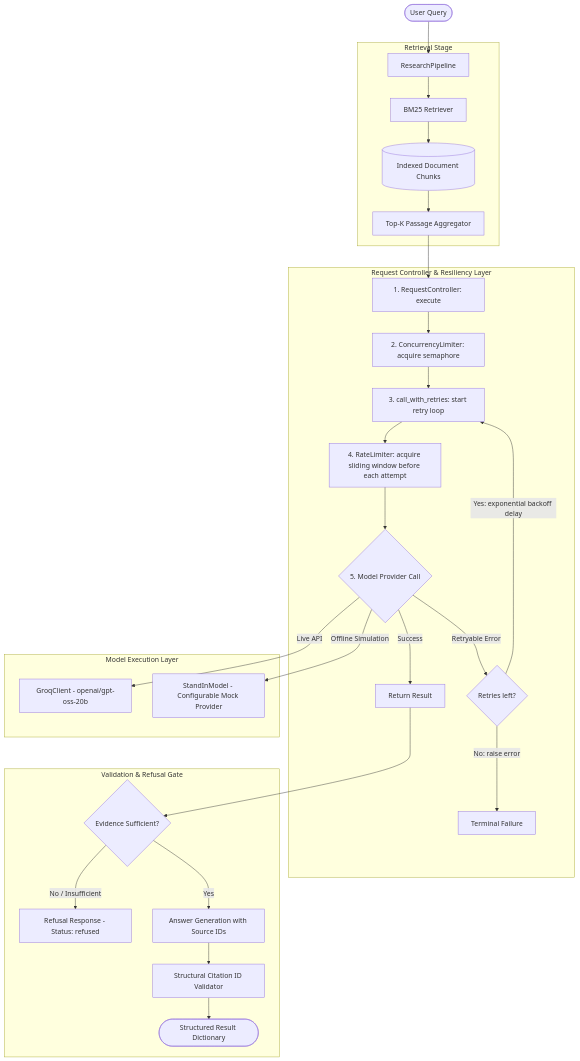
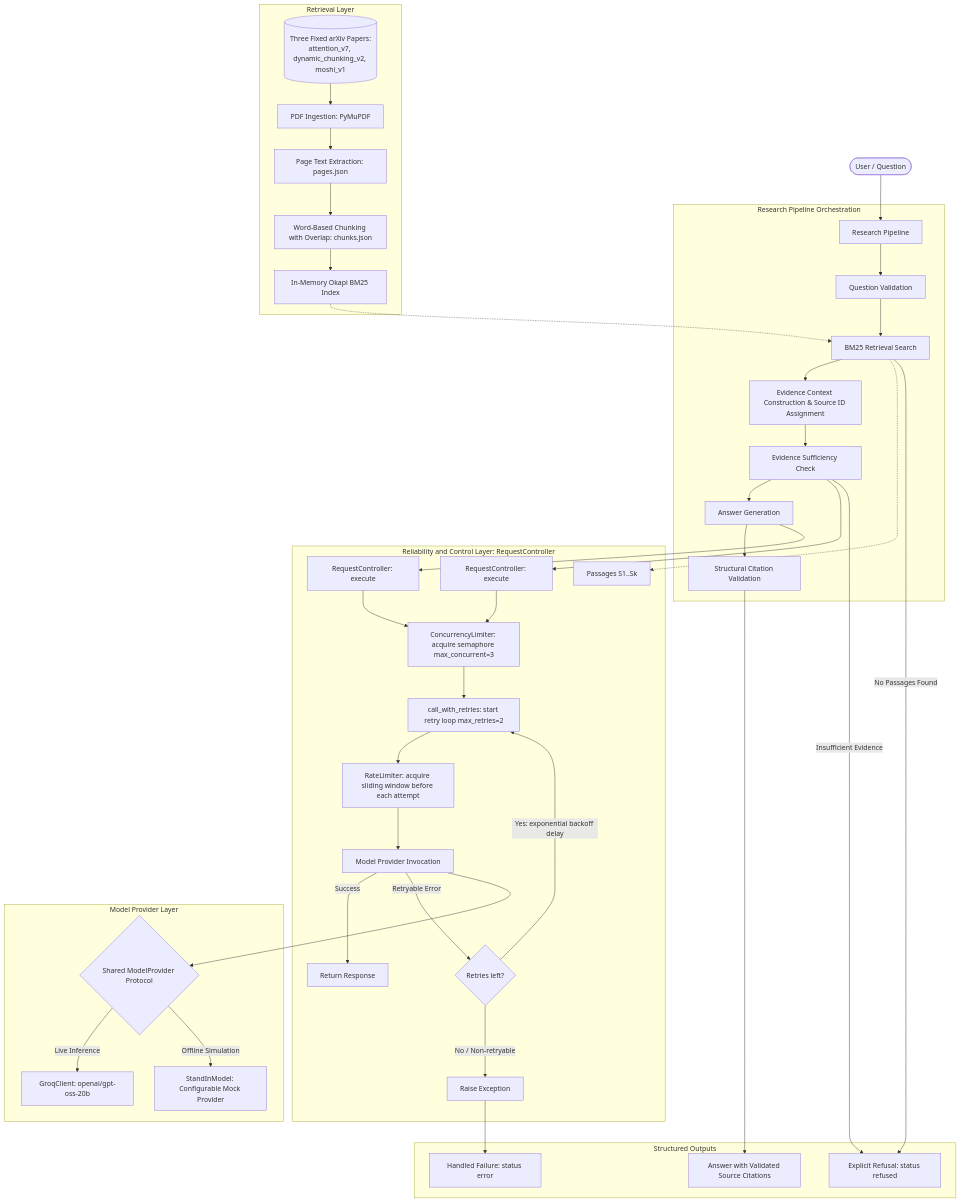
One commit to divysaxena24/Relay-Pipeline changed the first of 2 diagrams in README.md. Above: the diagram before and after it, drawn with Mermaid. The commit also changed other lines of this file, not shown here.

````diff
--- a/README.md
+++ b/README.md
@@ -13,35 +13,48 @@
 ```mermaid
 flowchart TD
-    User([User Query]) --> RP[ResearchPipeline]
-    
-    subgraph RetrievalStage [Retrieval Stage]
-        RP --> BM25[BM25 Retriever]
-        BM25 --> Corpus[(Indexed Document Chunks)]
-        Corpus --> Context[Top-K Passage Aggregator]
+    User([User / Question]) --> Pipeline[Research Pipeline]
+
+    subgraph PipelineStage [Research Pipeline Orchestration]
+        Pipeline --> QVal[Question Validation]
+        QVal --> SearchCall[BM25 Retrieval Search]
+        SearchCall --> CtxBuild[Evidence Context Construction & Source ID Assignment]
+        CtxBuild --> EvidenceGate[Evidence Sufficiency Check]
+        EvidenceGate --> AnswerGen[Answer Generation]
+        AnswerGen --> CitationVal[Structural Citation Validation]
     end
 
-    subgraph ControlPlane [Request Controller & Resiliency Layer]
-        Context --> RC[1. RequestController: execute]
-        RC --> CL[2. ConcurrencyLimiter: acquire semaphore]
-        CL --> RB[3. call_with_retries: start retry loop]
-        RB --> RL[4. RateLimiter: acquire sliding window before each attempt]
-        RL --> Provider{5. Model Provider Call}
-        Provider -->|Success| OutputGate[Return Result]
-        Provider -->|Retryable Error| RetryDecision{Retries left?}
-        RetryDecision -->|Yes: exponential backoff delay| RB
-        RetryDecision -->|No: raise error| Terminate[Terminal Failure]
+    subgraph RetrievalLayer [Retrieval Layer]
+        Papers[(Three Fixed arXiv Papers:<br/>attention_v7, dynamic_chunking_v2, moshi_v1)] --> Ingest[PDF Ingestion: PyMuPDF]
+        Ingest --> PageExtract[Page Text Extraction: pages.json]
+        PageExtract --> Chunking[Word-Based Chunking with Overlap: chunks.json]
+        Chunking --> BM25Index[In-Memory Okapi BM25 Index]
+        BM25Index -.-> SearchCall
     end
 
-    subgraph ExecutionPlane [Model Execution Layer]
-        Provider -->|Live API| Groq[GroqClient - openai/gpt-oss-20b]
-        Provider -->|Offline Simulation| StandIn[StandInModel - Configurable Mock Provider]
+    subgraph ControlLayer [Reliability and Control Layer: RequestController]
+        SearchCall -.-> ContextPassages[Passages S1..Sk]
+        EvidenceGate --> RC1[RequestController: execute]
+        AnswerGen --> RC2[RequestController: execute]
+        RC1 & RC2 --> ConcLimiter[ConcurrencyLimiter: acquire semaphore max_concurrent=3]
+        ConcLimiter --> RetryLoop[call_with_retries: start retry loop max_retries=2]
+        RetryLoop --> RateLimiter[RateLimiter: acquire sliding window before each attempt]
+        RateLimiter --> ProviderCall[Model Provider Invocation]
+        ProviderCall -->|Success| RetSuccess[Return Response]
+        ProviderCall -->|Retryable Error| RetryCheck{Retries left?}
+        RetryCheck -->|Yes: exponential backoff delay| RetryLoop
+        RetryCheck -->|No / Non-retryable| RetFailure[Raise Exception]
     end
 
-    subgraph EvaluationStage [Validation & Refusal Gate]
-        OutputGate --> Decision{Evidence Sufficient?}
-        Decision -->|No / Insufficient| Refusal[Refusal Response - Status: refused]
-        Decision -->|Yes| AnswerGen[Answer Generation with Source IDs]
-        AnswerGen --> CitationValidation[Structural Citation ID Validator]
-        CitationValidation --> FinalOutput([Structured Result Dictionary])
+    subgraph ProviderLayer [Model Provider Layer]
+        ProviderCall --> ProviderInterface{Shared ModelProvider Protocol}
+        ProviderInterface -->|Live Inference| GroqClient[GroqClient: openai/gpt-oss-20b]
+        ProviderInterface -->|Offline Simulation| StandInModel[StandInModel: Configurable Mock Provider]
+    end
+
+    subgraph OutputLayer [Structured Outputs]
+        CitationVal --> OutAnswer[Answer with Validated Source Citations]
+        EvidenceGate -->|Insufficient Evidence| OutRefusal[Explicit Refusal: status refused]
+        SearchCall -->|No Passages Found| OutRefusal
+        RetFailure --> OutError[Handled Failure: status error]
     end
 ```
````
